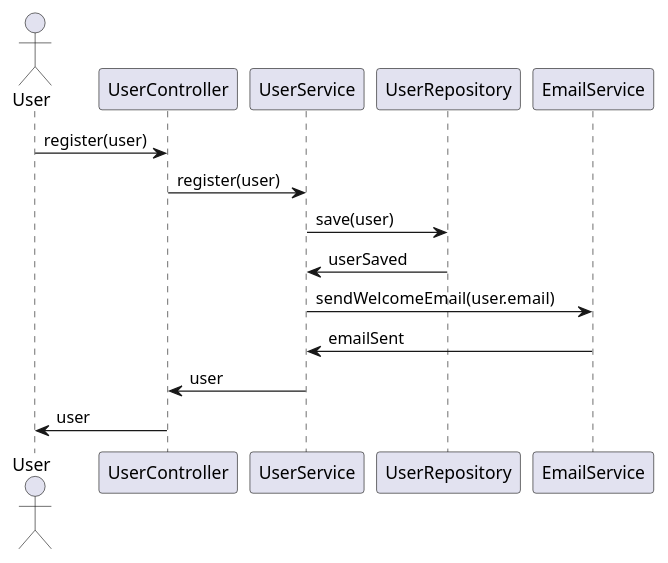
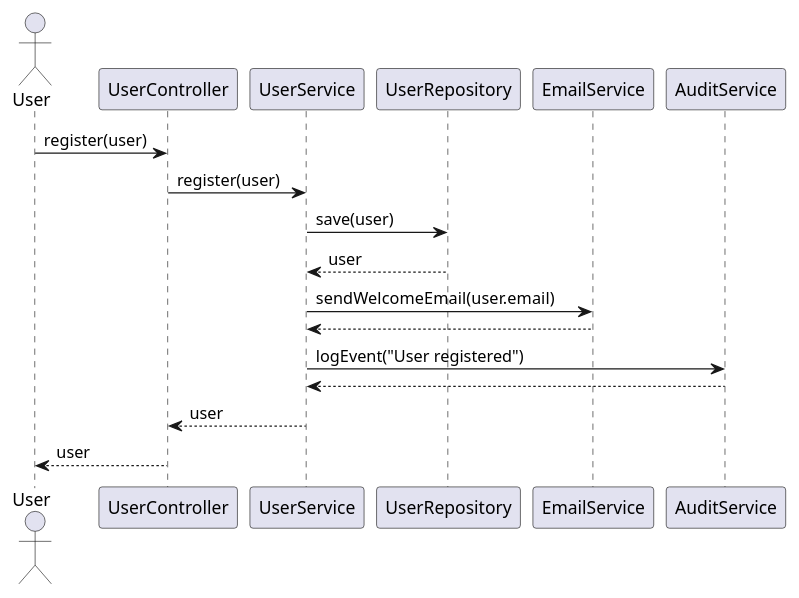
The first of 5 diagrams in identityprovider/documentation/detaileddesign.adoc (shreya-cn/autodev.ai), drawn with PlantUML before and after one commit. The commit also changed other lines of this file and 3 other files, not shown here.

````diff
--- a/identityprovider/documentation/detaileddesign.adoc
+++ b/identityprovider/documentation/detaileddesign.adoc
@@ -260,19 +297,21 @@
-[plantuml, user-registration-sequence, png]
-----
+```plantuml
 @startuml
 actor User
 participant UserController
 participant UserService
 participant UserRepository
 participant EmailService
+participant AuditService
 
 User -> UserController : register(user)
 UserController -> UserService : register(user)
 UserService -> UserRepository : save(user)
-UserRepository -> UserService : userSaved
+UserRepository --> UserService : user
 UserService -> EmailService : sendWelcomeEmail(user.email)
-EmailService -> UserService : emailSent
-UserService -> UserController : user
-UserController -> User : user
+EmailService --> UserService
+UserService -> AuditService : logEvent("User registered")
+AuditService --> UserService
+UserService --> UserController : user
+UserController --> User : user
 @enduml
-----
+```
````
